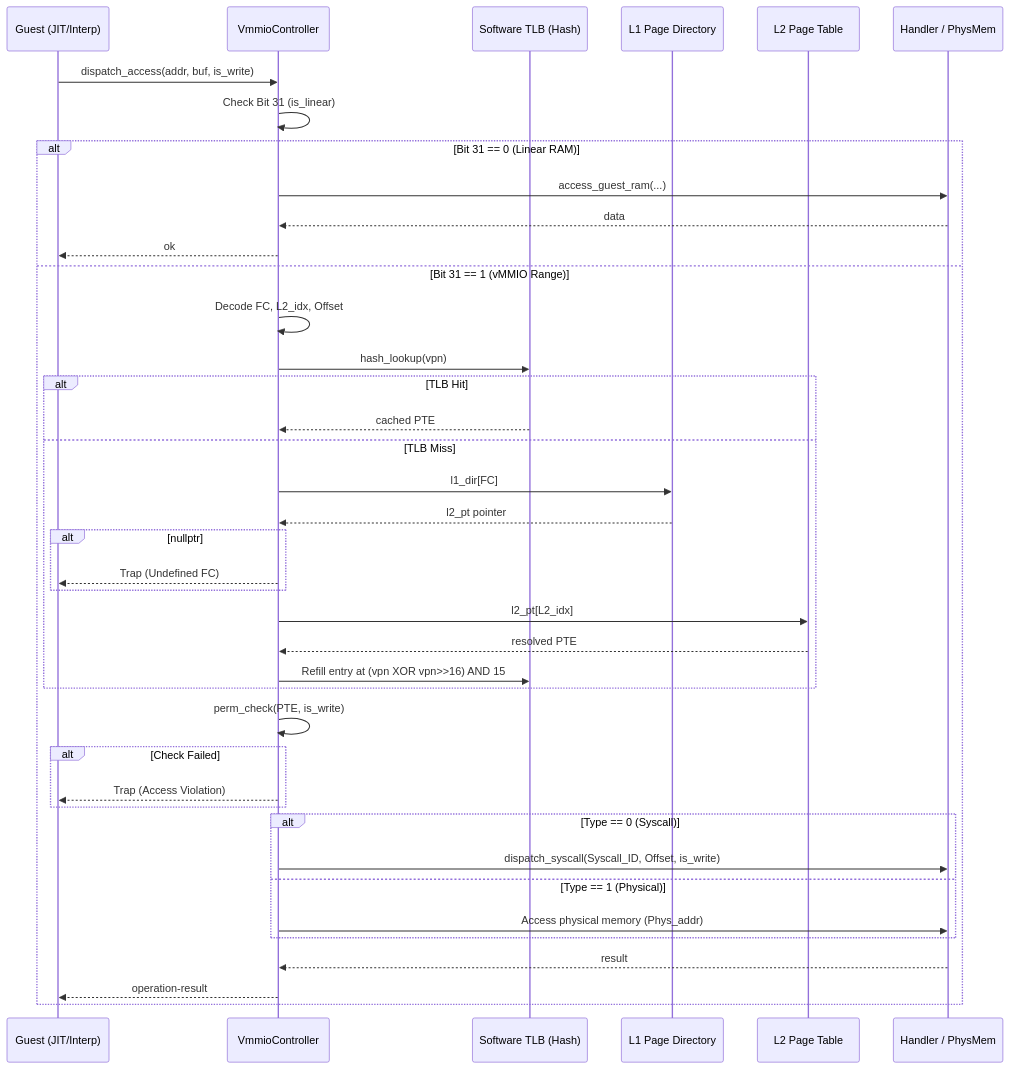
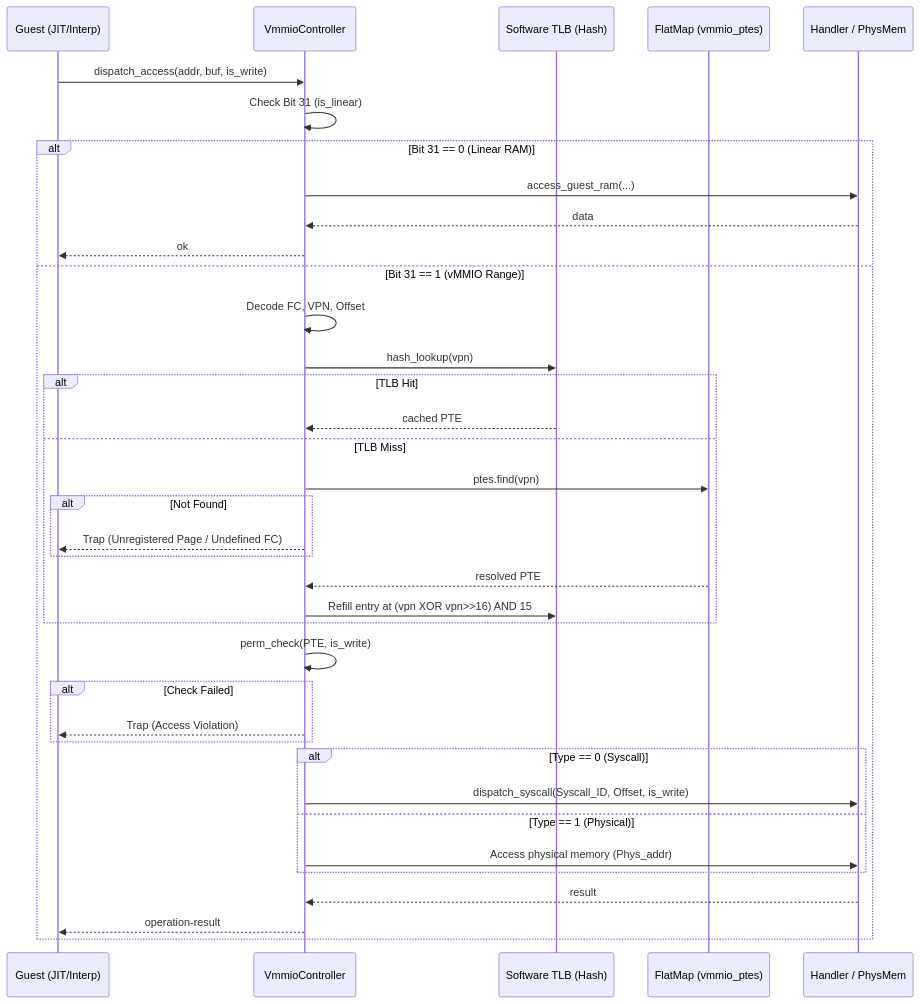
The second of 3 diagrams in docs/components/tier2_runtime/runtime_vmmio.md (kmt-t/fireball), drawn with Mermaid before and after one commit. The commit also changed other lines of this file and 4 other files, not shown here.

Commit message:
feat(vmmio): migrate PTE storage to FlatMap removing 16-entry limit, backed by direct-mapped TLB cache

````diff
--- a/docs/components/tier2_runtime/runtime_vmmio.md
+++ b/docs/components/tier2_runtime/runtime_vmmio.md
@@ -370,45 +352,42 @@
 ```mermaid
 sequenceDiagram
     participant G as Guest (JIT/Interp)
     participant C as VmmioController
     participant T as Software TLB (Hash)
-    participant L1 as L1 Page Directory
-    participant L2 as L2 Page Table
+    participant F as FlatMap (vmmio_ptes)
     participant H as Handler / PhysMem
 
     G->>C: dispatch_access(addr, buf, is_write)
     C->>C: Check Bit 31 (is_linear)
     alt Bit 31 == 0 (Linear RAM)
         C->>H: access_guest_ram(...)
         H-->>C: data
         C-->>G: ok
     else Bit 31 == 1 (vMMIO Range)
-        C->>C: Decode FC, L2_idx, Offset
+        C->>C: Decode FC, VPN, Offset
         C->>T: hash_lookup(vpn)
         alt TLB Hit
             T-->>C: cached PTE
         else TLB Miss
-            C->>L1: l1_dir[FC]
-            L1-->>C: l2_pt pointer
-            alt nullptr
-                C-->>G: Trap (Undefined FC)
+            C->>F: ptes.find(vpn)
+            alt Not Found
+                C-->>G: Trap (Unregistered Page / Undefined FC)
             end
-            C->>L2: l2_pt[L2_idx]
-            L2-->>C: resolved PTE
+            F-->>C: resolved PTE
             C->>T: Refill entry at (vpn XOR vpn>>16) AND 15
         end
 
         C->>C: perm_check(PTE, is_write)
         alt Check Failed
             C-->>G: Trap (Access Violation)
         end
 
         alt Type == 0 (Syscall)
             C->>H: dispatch_syscall(Syscall_ID, Offset, is_write)
         else Type == 1 (Physical)
             C->>H: Access physical memory (Phys_addr)
         end
         H-->>C: result
         C-->>G: operation-result
     end
 ```
````
